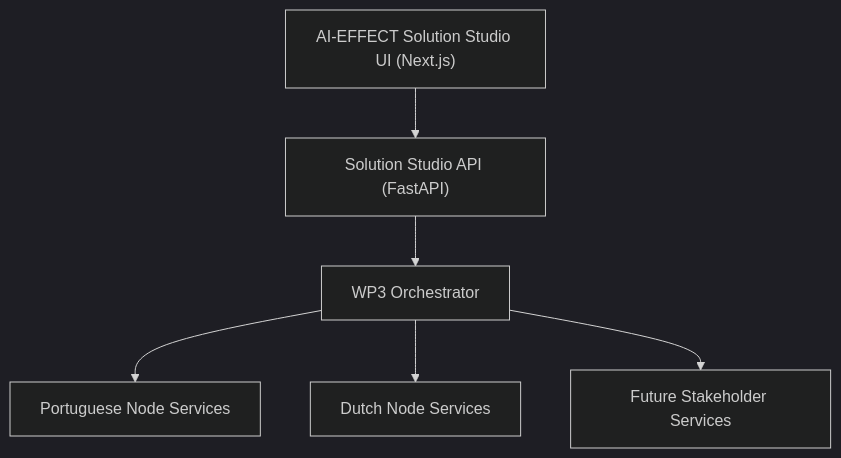
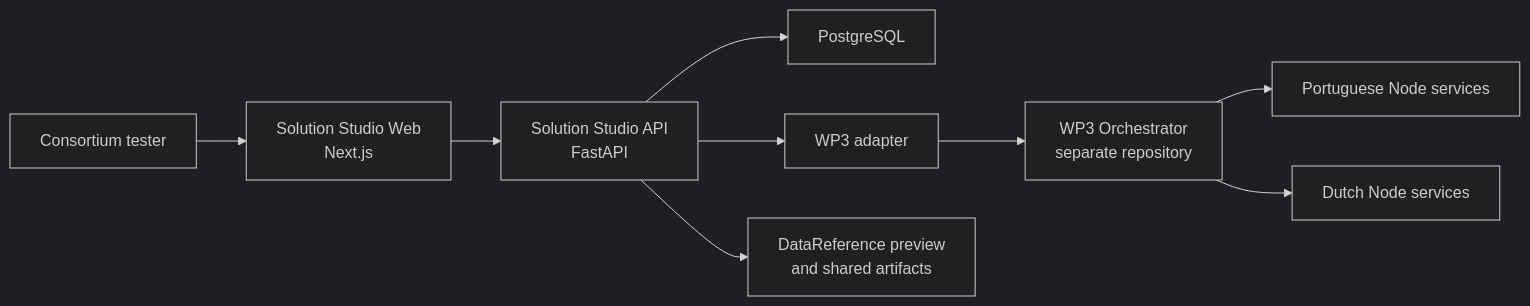
The diagram in README.md (IRESI-EU/ai-effect-solution-studio), drawn with Mermaid (dark theme) before and after one commit. The commit also changed other lines of this file and 4 other files, not shown here.

````diff
--- a/README.md
+++ b/README.md
@@ -20,15 +21,11 @@
 ```mermaid
-flowchart TD
-    UI["AI-EFFECT Solution Studio UI (Next.js)"]
-    API["Solution Studio API (FastAPI)"]
-    ORCH["WP3 Orchestrator"]
-    PT["Portuguese Node Services"]
-    NL["Dutch Node Services"]
-    FUTURE["Future Stakeholder Services"]
-
-    UI --> API
-    API --> ORCH
-    ORCH --> PT
-    ORCH --> NL
-    ORCH --> FUTURE
+flowchart LR
+    User["Consortium tester"] --> Web["Solution Studio Web<br/>Next.js"]
+    Web --> API["Solution Studio API<br/>FastAPI"]
+    API --> DB["PostgreSQL"]
+    API --> Adapter["WP3 adapter"]
+    Adapter --> WP3["WP3 Orchestrator<br/>separate repository"]
+    WP3 --> PT["Portuguese Node services"]
+    WP3 --> NL["Dutch Node services"]
+    API --> Artifacts["DataReference preview<br/>and shared artifacts"]
 ```
````
